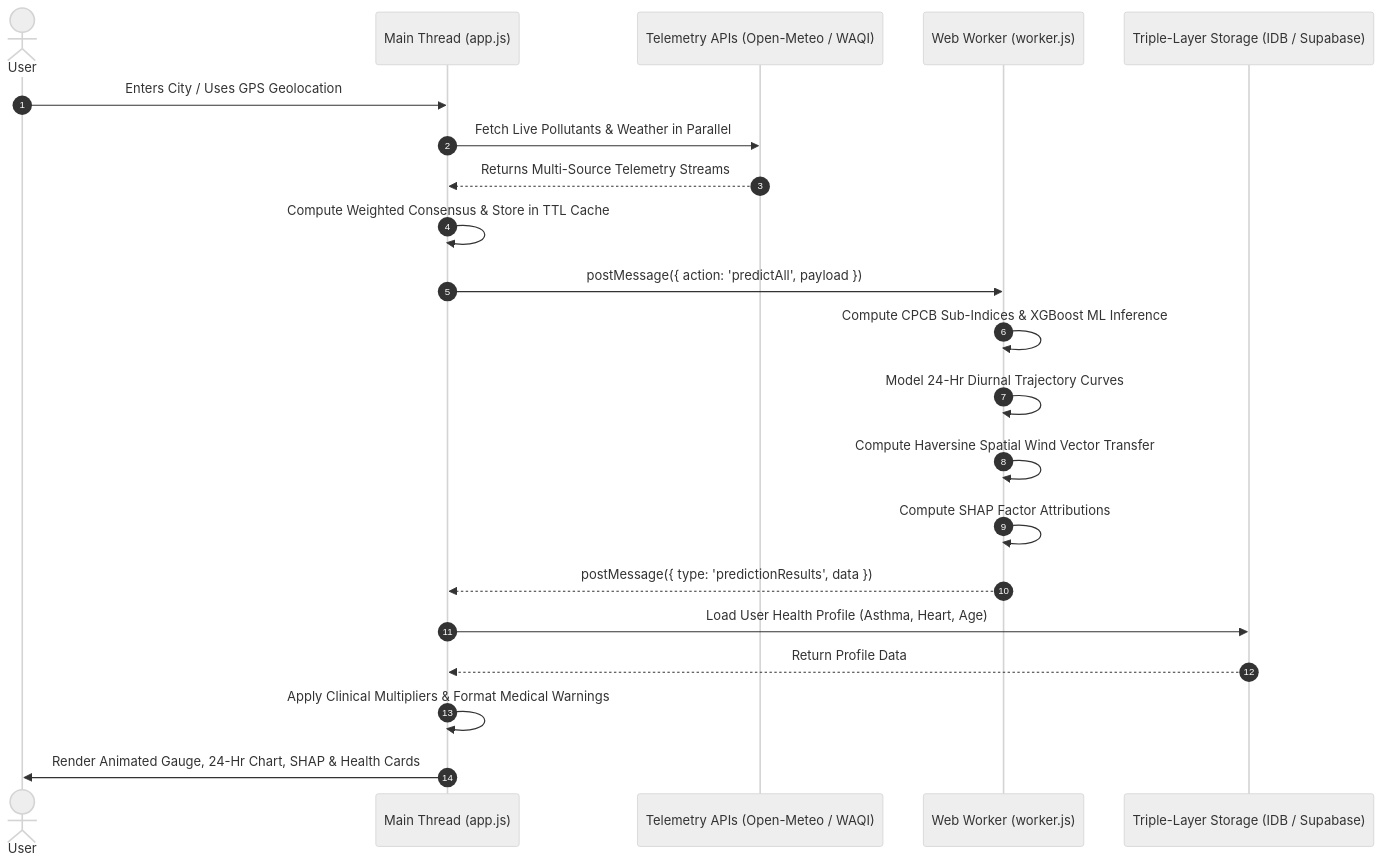
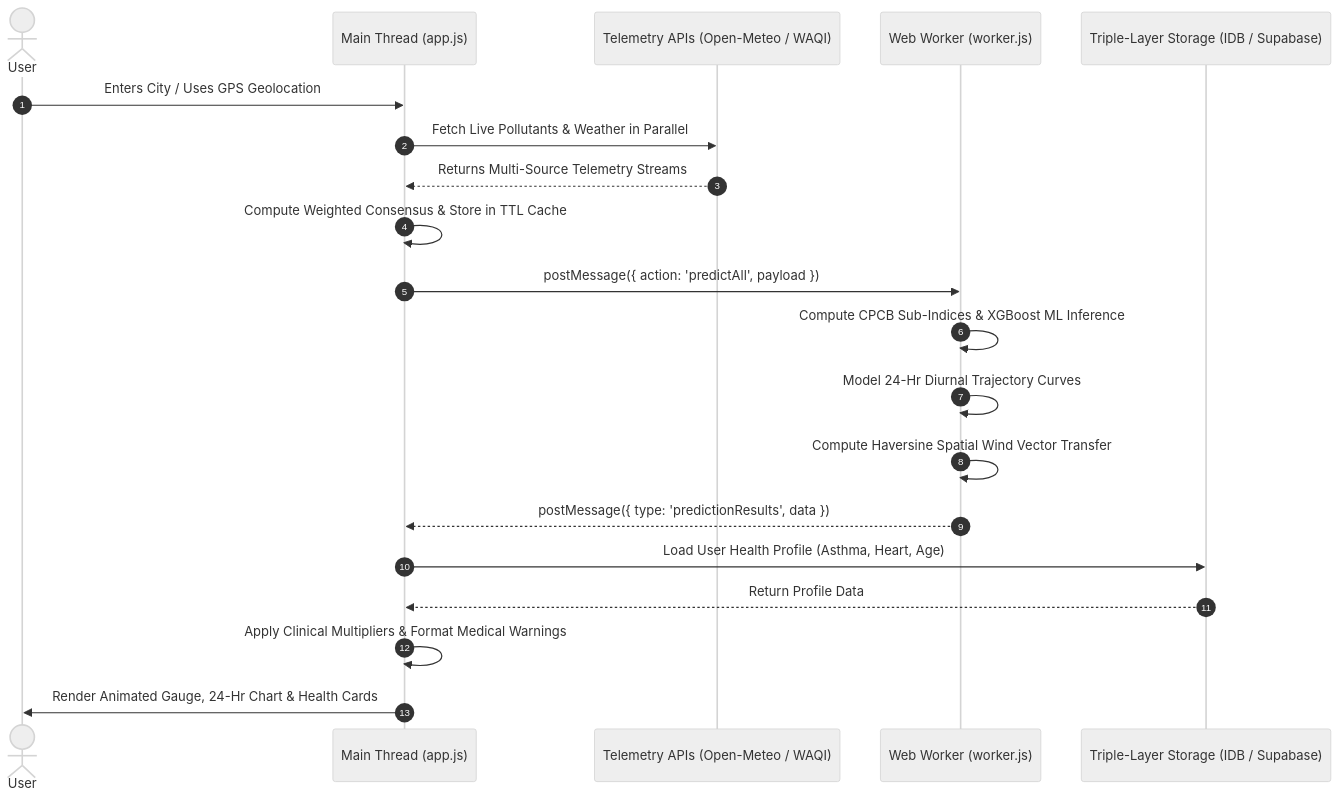
One commit to srirajpillai/AQI-Prediction changed the diagram in PROJECT_REPORT.md. Above: the diagram before and after it, drawn with Mermaid (neutral theme). The commit also changed other lines of this file and 4 other files, not shown here.

````diff
--- a/PROJECT_REPORT.md
+++ b/PROJECT_REPORT.md
@@ -488,24 +480,23 @@
 ```mermaid
 sequenceDiagram
     autonumber
     actor User
     participant Main as Main Thread (app.js)
     participant APIs as Telemetry APIs (Open-Meteo / WAQI)
     participant Worker as Web Worker (worker.js)
     participant DB as Triple-Layer Storage (IDB / Supabase)
 
     User->>Main: Enters City / Uses GPS Geolocation
     Main->>APIs: Fetch Live Pollutants & Weather in Parallel
     APIs-->>Main: Returns Multi-Source Telemetry Streams
     Main->>Main: Compute Weighted Consensus & Store in TTL Cache
     Main->>Worker: postMessage({ action: 'predictAll', payload })
     Worker->>Worker: Compute CPCB Sub-Indices & XGBoost ML Inference
     Worker->>Worker: Model 24-Hr Diurnal Trajectory Curves
     Worker->>Worker: Compute Haversine Spatial Wind Vector Transfer
-    Worker->>Worker: Compute SHAP Factor Attributions
     Worker-->>Main: postMessage({ type: 'predictionResults', data })
     Main->>DB: Load User Health Profile (Asthma, Heart, Age)
     DB-->>Main: Return Profile Data
     Main->>Main: Apply Clinical Multipliers & Format Medical Warnings
-    Main->>User: Render Animated Gauge, 24-Hr Chart, SHAP & Health Cards
+    Main->>User: Render Animated Gauge, 24-Hr Chart & Health Cards
 ```
````
